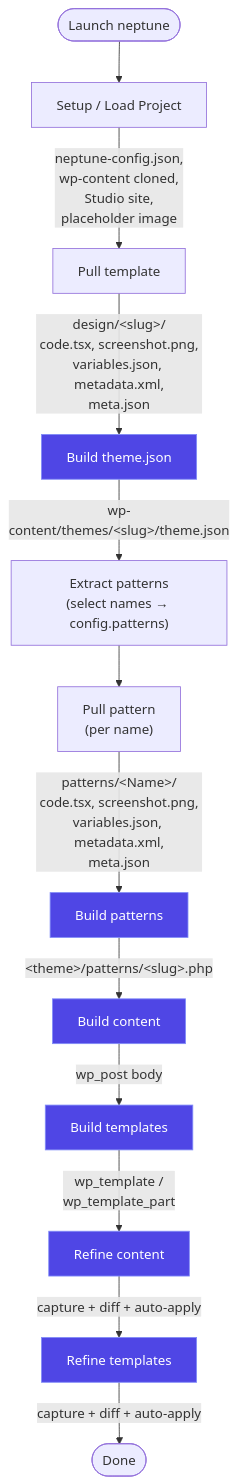
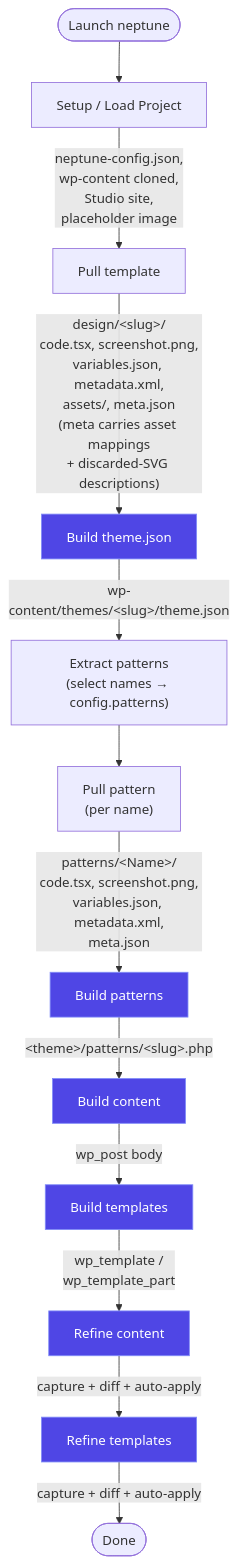
One commit to a8cteam51/neptune changed the first of 2 diagrams in README.md. Above: the diagram before and after it, drawn with Mermaid. The commit also changed other lines of this file and 19 other files, not shown here.

````diff
--- a/README.md
+++ b/README.md
@@ -45,17 +46,17 @@
 ```mermaid
 flowchart TD
     Start(["Launch neptune"]) --> Setup["Setup / Load Project"]
     Setup -->|"neptune-config.json,<br/>wp-content cloned,<br/>Studio site,<br/>placeholder image"| Pull["Pull template"]
-    Pull -->|"design/&lt;slug&gt;/<br/>code.tsx, screenshot.png,<br/>variables.json, metadata.xml,<br/>meta.json"| Theme["Build theme.json"]
+    Pull -->|"design/&lt;slug&gt;/<br/>code.tsx, screenshot.png,<br/>variables.json, metadata.xml,<br/>assets/, meta.json<br/>(meta carries asset mappings<br/>+ discarded-SVG descriptions)"| Theme["Build theme.json"]
     Theme -->|"wp-content/themes/&lt;slug&gt;/theme.json"| Extract["Extract patterns<br/>(select names → config.patterns)"]
     Extract --> PullPat["Pull pattern<br/>(per name)"]
     PullPat -->|"patterns/&lt;Name&gt;/<br/>code.tsx, screenshot.png,<br/>variables.json, metadata.xml,<br/>meta.json"| BuildPat["Build patterns"]
     BuildPat -->|"&lt;theme&gt;/patterns/&lt;slug&gt;.php"| BuildCt["Build content"]
     BuildCt -->|"wp_post body"| BuildTpl["Build templates"]
     BuildTpl -->|"wp_template /<br/>wp_template_part"| Refine["Refine content"]
     Refine -->|"capture + diff + auto-apply"| RefineTpl["Refine templates"]
     RefineTpl -->|"capture + diff + auto-apply"| Done(["Done"])
 
     classDef agent fill:#4f46e5,stroke:#818cf8,color:#fff
     class Theme,BuildPat,BuildCt,BuildTpl,Refine,RefineTpl agent
 ```
````
